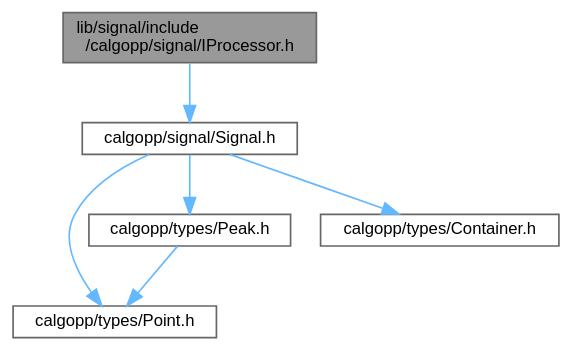
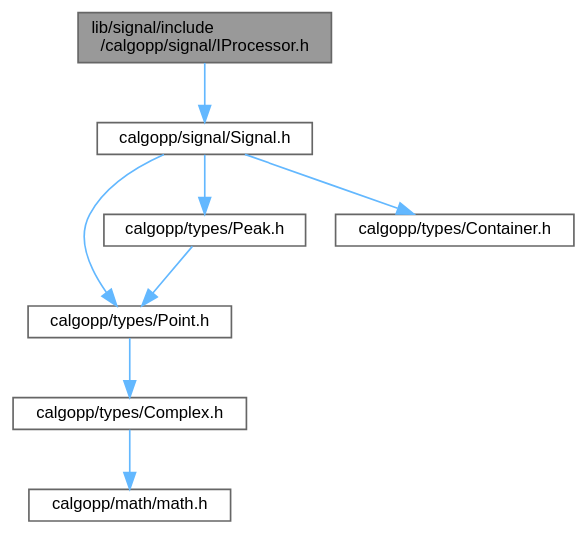
One commit to pawelekg95/algopp changed the diagram in IProcessor_8h__incl.dot. Above: the diagram before and after it, drawn with Graphviz. The commit also changed 136 other files, not shown here.

```diff
--- a/IProcessor_8h__incl.dot
+++ b/IProcessor_8h__incl.dot
@@ -1,17 +1,21 @@
 digraph "lib/signal/include/calgopp/signal/IProcessor.h"
 {
  // LATEX_PDF_SIZE
   bgcolor="transparent";
   edge [fontname=Helvetica,fontsize=10,labelfontname=Helvetica,labelfontsize=10];
   node [fontname=Helvetica,fontsize=10,shape=box,height=0.2,width=0.4];
   Node1 [label="lib/signal/include\l/calgopp/signal/IProcessor.h",height=0.2,width=0.4,color="gray40", fillcolor="grey60", style="filled", fontcolor="black",tooltip=" "];
   Node1 -> Node2 [color="steelblue1",style="solid"];
   Node2 [label="calgopp/signal/Signal.h",height=0.2,width=0.4,color="grey40", fillcolor="white", style="filled",URL="$Signal_8h.html",tooltip=" "];
   Node2 -> Node3 [color="steelblue1",style="solid"];
   Node3 [label="calgopp/types/Point.h",height=0.2,width=0.4,color="grey40", fillcolor="white", style="filled",URL="$Point_8h.html",tooltip=" "];
-  Node2 -> Node4 [color="steelblue1",style="solid"];
-  Node4 [label="calgopp/types/Peak.h",height=0.2,width=0.4,color="grey40", fillcolor="white", style="filled",URL="$Peak_8h.html",tooltip=" "];
-  Node4 -> Node3 [color="steelblue1",style="solid"];
-  Node2 -> Node5 [color="steelblue1",style="solid"];
-  Node5 [label="calgopp/types/Container.h",height=0.2,width=0.4,color="grey40", fillcolor="white", style="filled",URL="$Container_8h.html",tooltip=" "];
+  Node3 -> Node4 [color="steelblue1",style="solid"];
+  Node4 [label="calgopp/types/Complex.h",height=0.2,width=0.4,color="grey40", fillcolor="white", style="filled",URL="$Complex_8h.html",tooltip=" "];
+  Node4 -> Node5 [color="steelblue1",style="solid"];
+  Node5 [label="calgopp/math/math.h",height=0.2,width=0.4,color="grey40", fillcolor="white", style="filled",URL="$math_8h.html",tooltip=" "];
+  Node2 -> Node6 [color="steelblue1",style="solid"];
+  Node6 [label="calgopp/types/Peak.h",height=0.2,width=0.4,color="grey40", fillcolor="white", style="filled",URL="$Peak_8h.html",tooltip=" "];
+  Node6 -> Node3 [color="steelblue1",style="solid"];
+  Node2 -> Node7 [color="steelblue1",style="solid"];
+  Node7 [label="calgopp/types/Container.h",height=0.2,width=0.4,color="grey40", fillcolor="white", style="filled",URL="$Container_8h.html",tooltip=" "];
 }
```
